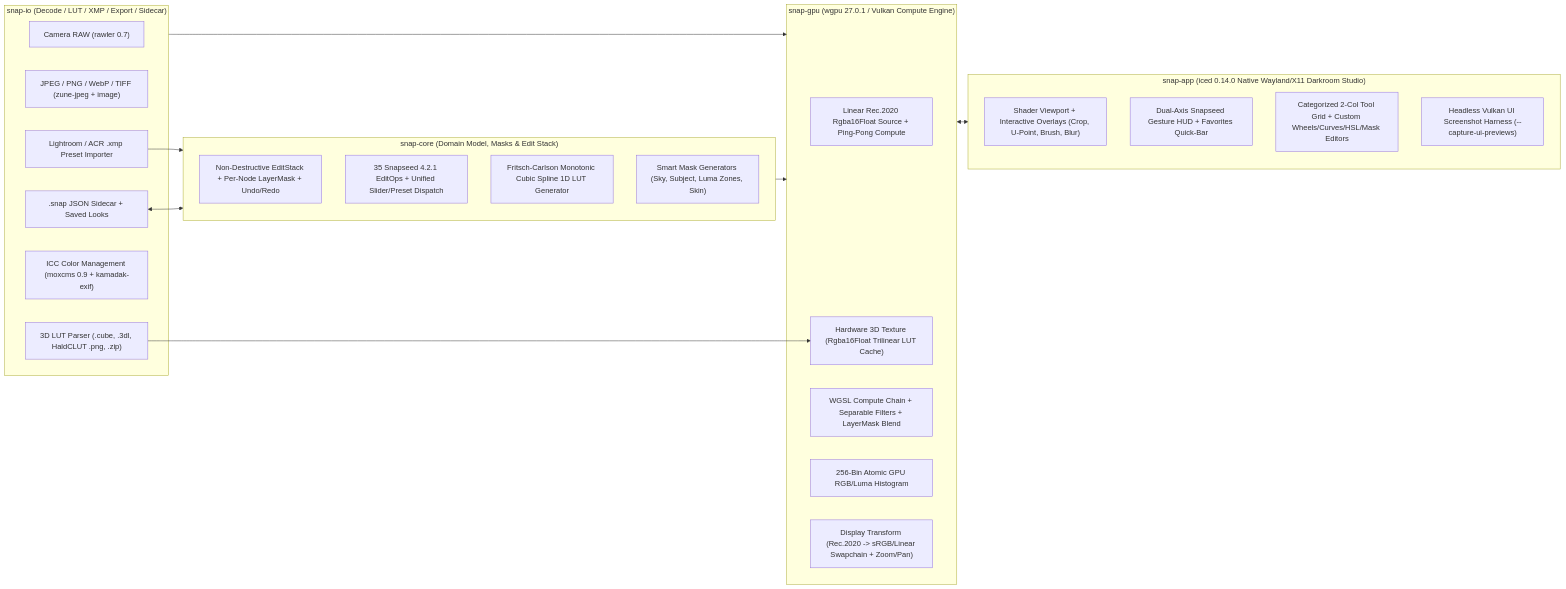
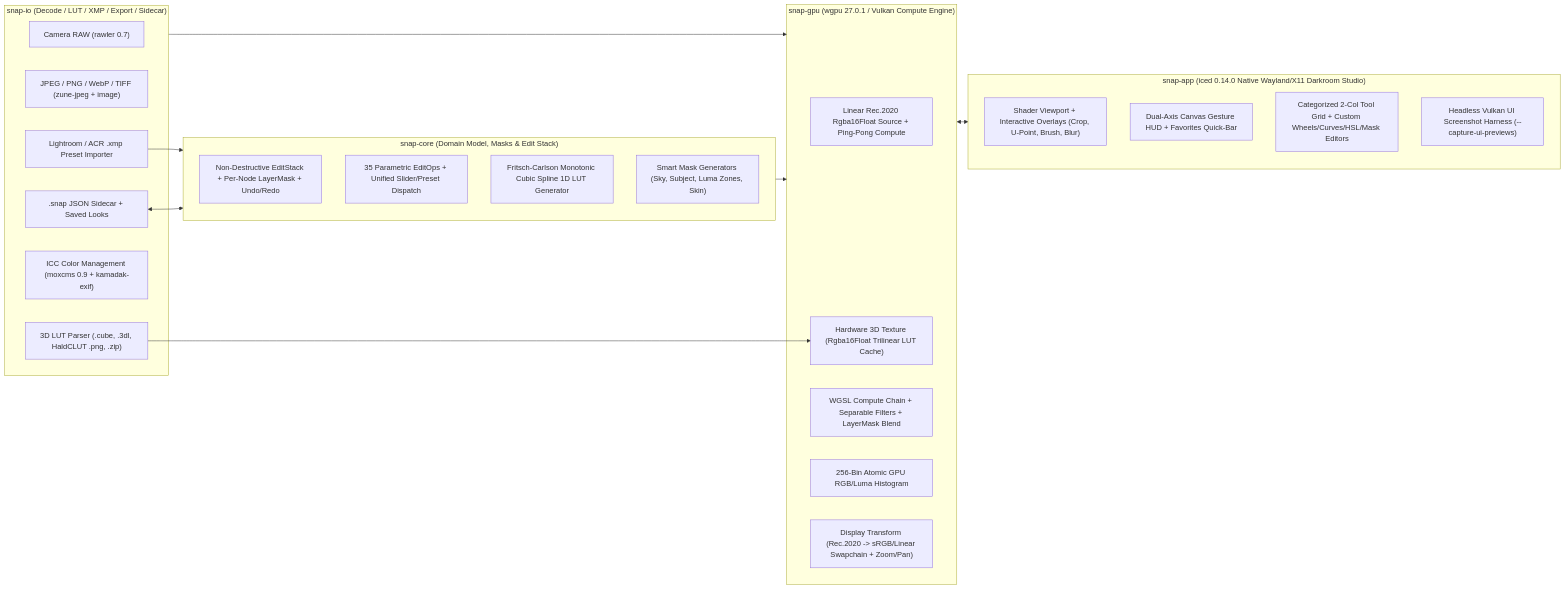
The diagram in product_spec.md (ashrafpy/Snap), drawn with Mermaid before and after one commit. The commit also changed other lines of this file and 9 other files, not shown here.

````diff
--- a/product_spec.md
+++ b/product_spec.md
@@ -22,40 +22,40 @@
 ```mermaid
 flowchart LR
     subgraph IO["snap-io (Decode / LUT / XMP / Export / Sidecar)"]
         RAW["Camera RAW (rawler 0.7)"]
         STD["JPEG / PNG / WebP / TIFF (zune-jpeg + image)"]
         LUT_IO["3D LUT Parser (.cube, .3dl, HaldCLUT .png, .zip)"]
         XMP_IO["Lightroom / ACR .xmp Preset Importer"]
         ICC["ICC Color Management (moxcms 0.9 + kamadak-exif)"]
         SIDE[".snap JSON Sidecar + Saved Looks"]
     end
 
     subgraph CORE["snap-core (Domain Model, Masks & Edit Stack)"]
         STACK["Non-Destructive EditStack + Per-Node LayerMask + Undo/Redo"]
-        OPS["35 Snapseed 4.2.1 EditOps + Unified Slider/Preset Dispatch"]
+        OPS["35 Parametric EditOps + Unified Slider/Preset Dispatch"]
         SPLINE["Fritsch-Carlson Monotonic Cubic Spline 1D LUT Generator"]
         SMART["Smart Mask Generators (Sky, Subject, Luma Zones, Skin)"]
     end
 
     subgraph GPU["snap-gpu (wgpu 27.0.1 / Vulkan Compute Engine)"]
         SRC["Linear Rec.2020 Rgba16Float Source + Ping-Pong Compute"]
         LUT3D["Hardware 3D Texture (Rgba16Float Trilinear LUT Cache)"]
         PASS["WGSL Compute Chain + Separable Filters + LayerMask Blend"]
         HIST["256-Bin Atomic GPU RGB/Luma Histogram"]
         OUT["Display Transform (Rec.2020 -> sRGB/Linear Swapchain + Zoom/Pan)"]
     end
 
     subgraph UI["snap-app (iced 0.14.0 Native Wayland/X11 Darkroom Studio)"]
         CANVAS["Shader Viewport + Interactive Overlays (Crop, U-Point, Brush, Blur)"]
-        HUD["Dual-Axis Snapseed Gesture HUD + Favorites Quick-Bar"]
+        HUD["Dual-Axis Canvas Gesture HUD + Favorites Quick-Bar"]
         INSPECTOR["Categorized 2-Col Tool Grid + Custom Wheels/Curves/HSL/Mask Editors"]
         PREVIEW["Headless Vulkan UI Screenshot Harness (--capture-ui-previews)"]
     end
 
     IO --> GPU
     LUT_IO --> LUT3D
     XMP_IO --> CORE
     SIDE <--> CORE
     CORE --> GPU
     GPU <--> UI
 ```
````
